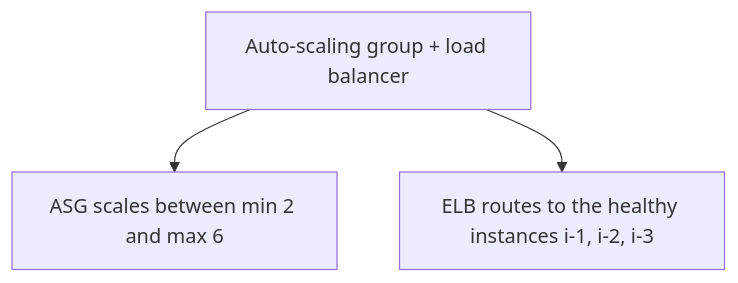
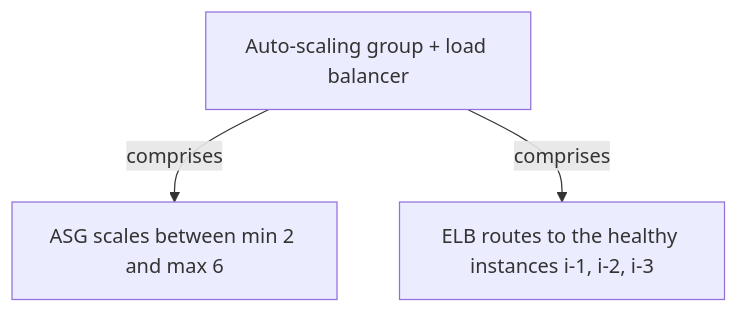
Before and after one commit to vinayakuber/microservices-io-study-guide: the seventh of 13 diagrams in docs/ch38-service-per-vm.md, drawn with Mermaid. The commit also changed other lines of this file and 71 other files, not shown here.

First line of the commit message:
R18: label every diagram arrow with its meaning

````diff
--- a/docs/ch38-service-per-vm.md
+++ b/docs/ch38-service-per-vm.md
@@ -218,6 +218,6 @@
 ```mermaid
 flowchart TD
   R["Auto-scaling group + load balancer"]
-  R --> P0["ASG scales between min 2 and max 6"]
-  R --> P1["ELB routes to the healthy instances i-1, i-2, i-3"]
+  R -->|"comprises"| P0["ASG scales between min 2 and max 6"]
+  R -->|"comprises"| P1["ELB routes to the healthy instances i-1, i-2, i-3"]
 ```
````
